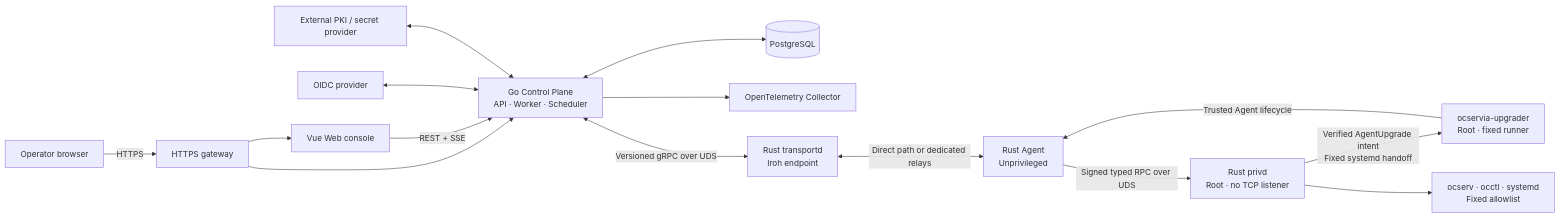
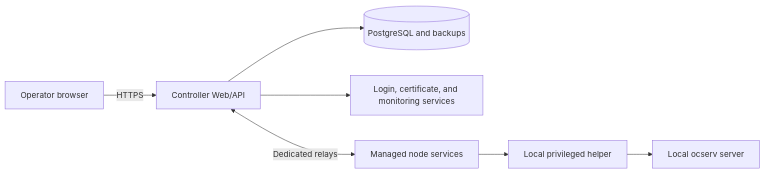
The diagram in docs/architecture.md (GentleKingson/ocservia), drawn with Mermaid before and after one commit. The commit also changed other lines of this file and 5 other files, not shown here.

````diff
--- a/docs/architecture.md
+++ b/docs/architecture.md
@@ -7,19 +7,9 @@
 ```mermaid
 flowchart LR
-    Operator["Operator browser"] -->|HTTPS| Gateway["HTTPS gateway"]
-    Gateway --> Web["Vue Web console"]
-    Gateway --> Controller["Go Control Plane\nAPI · Worker · Scheduler"]
-    Web -->|REST + SSE| Controller
-
-    IdP["OIDC provider"] <--> Controller
-    PKI["External PKI / secret provider"] <--> Controller
-    Controller <--> PostgreSQL[(PostgreSQL)]
-    Controller --> OTel["OpenTelemetry Collector"]
-
-    Controller <-->|Versioned gRPC over UDS| Transport["Rust transportd\nIroh endpoint"]
-    Transport <-->|Direct path or dedicated relays| Agent["Rust Agent\nUnprivileged"]
-    Agent -->|Signed typed RPC over UDS| Privd["Rust privd\nRoot · no TCP listener"]
-    Privd -->|Verified AgentUpgrade intent\nFixed systemd handoff| Upgrader["ocservia-upgrader\nRoot · fixed runner"]
-    Upgrader -->|Trusted Agent lifecycle| Agent
-    Privd --> Ocserv["ocserv · occtl · systemd\nFixed allowlist"]
+    Operator["Operator browser"] -->|HTTPS| Controller["Controller Web/API"]
+    Controller --> Database[("PostgreSQL and backups")]
+    Controller --> Services["Login, certificate, and monitoring services"]
+    Controller <-->|Dedicated relays| Node["Managed node services"]
+    Node --> Helper["Local privileged helper"]
+    Helper --> Ocserv["Local ocserv server"]
 ```
````
